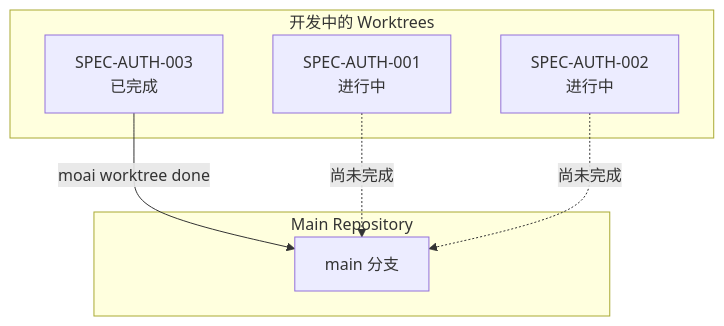
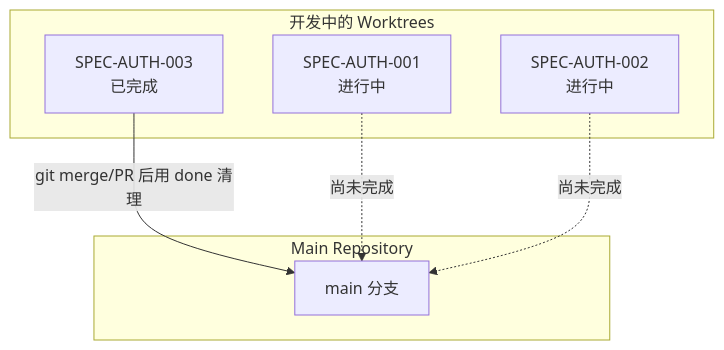
One commit to modu-ai/moai-adk changed the fifth of 6 diagrams in docs-site/content/zh/worktree/_index.md. Above: the diagram before and after it, drawn with Mermaid. The commit also changed other lines of this file and 35 other files, not shown here.

````diff
--- a/docs-site/content/zh/worktree/_index.md
+++ b/docs-site/content/zh/worktree/_index.md
@@ -241,16 +244,16 @@
 ```mermaid
 flowchart TB
     subgraph Development["开发中的 Worktrees"]
         D1[SPEC-AUTH-001<br/>进行中]
         D2[SPEC-AUTH-002<br/>进行中]
         D3[SPEC-AUTH-003<br/>已完成]
     end
 
     subgraph Main["Main Repository"]
         M[main 分支]
     end
 
-    D3 -->|moai worktree done| M
+    D3 -->|git merge/PR 后用 done 清理| M
     D1 -.->|尚未完成| M
     D2 -.->|尚未完成| M
 ```
````
